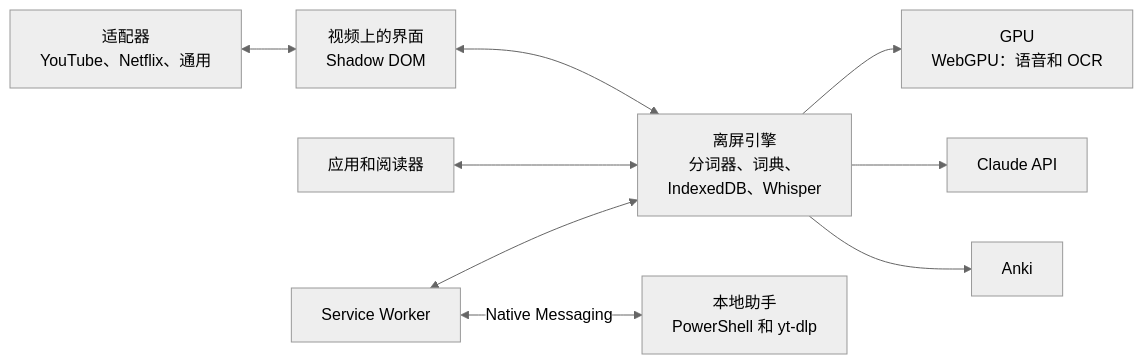
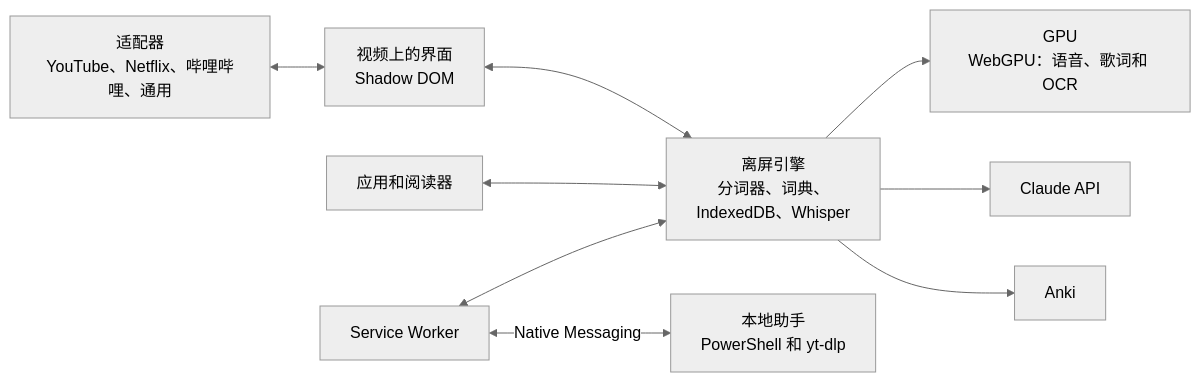
One commit to Eliam4510/kotonoha changed the second of 2 diagrams in README.zh.md. Above: the diagram before and after it, drawn with Mermaid (neutral theme). The commit also changed other lines of this file and 21 other files, not shown here.

````diff
--- a/README.zh.md
+++ b/README.zh.md
@@ -244,11 +241,11 @@
 ```mermaid
 flowchart LR
-  P["适配器<br/>YouTube、Netflix、通用"] <--> C["视频上的界面<br/>Shadow DOM"]
+  P["适配器<br/>YouTube、Netflix、哔哩哔哩、通用"] <--> C["视频上的界面<br/>Shadow DOM"]
   C <--> M["离屏引擎<br/>分词器、词典、<br/>IndexedDB、Whisper"]
   A["应用和阅读器"] <--> M
-  M --> G["GPU<br/>WebGPU：语音和 OCR"]
+  M --> G["GPU<br/>WebGPU：语音、歌词和 OCR"]
   M --> CL["Claude API"]
   M --> AN["Anki"]
   S["Service Worker"] <--> M
   S <-->|Native Messaging| H["本地助手<br/>PowerShell 和 yt-dlp"]
 ```
````
